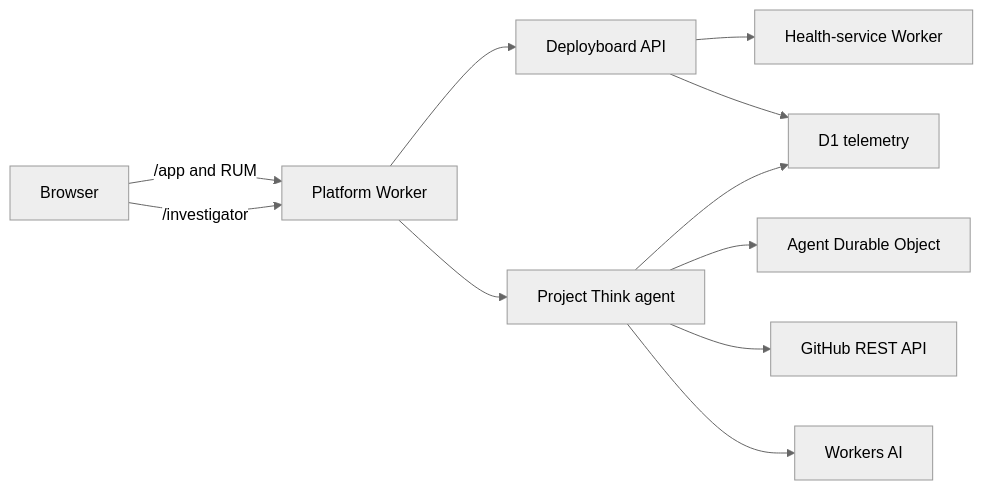
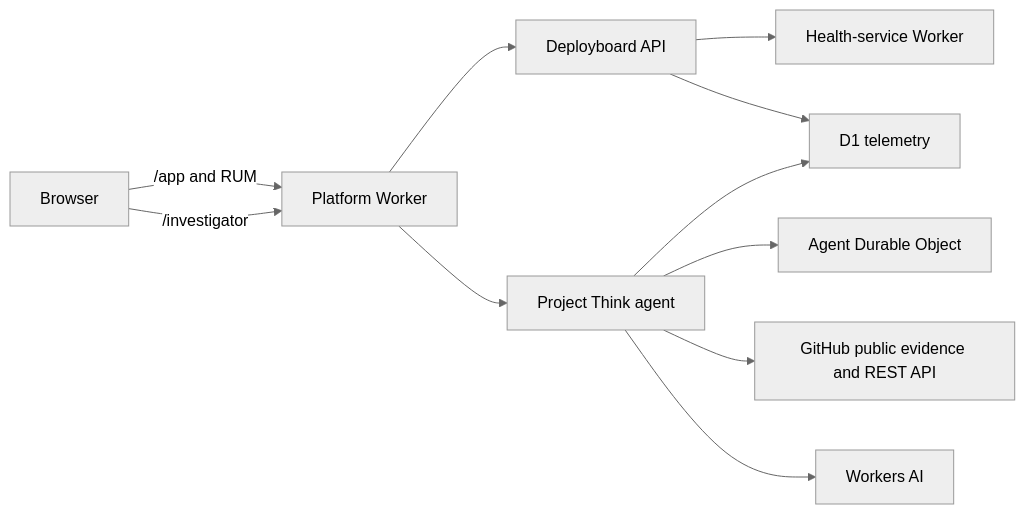
One commit to alexlopashev/cloudflare-agents-demo changed the diagram in IMPLEMENTATION_PLAN.md. Above: the diagram before and after it, drawn with Mermaid (neutral theme). The commit also changed other lines of this file and 14 other files, not shown here.

Commit message:
fix: preserve credential-free public evidence

````diff
--- a/IMPLEMENTATION_PLAN.md
+++ b/IMPLEMENTATION_PLAN.md
@@ -144,23 +144,23 @@
 ```mermaid
 flowchart LR
     Browser["Browser"]
     Platform["Platform Worker"]
     App["Deployboard API"]
     Agent["Project Think agent"]
     Health["Health-service Worker"]
     D1["D1 telemetry"]
     DO["Agent Durable Object"]
-    GitHub["GitHub REST API"]
+    GitHub["GitHub public evidence and REST API"]
     AI["Workers AI"]
 
     Browser -->|"/app and RUM"| Platform
     Browser -->|"/investigator"| Platform
     Platform --> App
     Platform --> Agent
     App --> Health
     App --> D1
     Agent --> D1
     Agent --> DO
     Agent --> GitHub
     Agent --> AI
 ```
````
